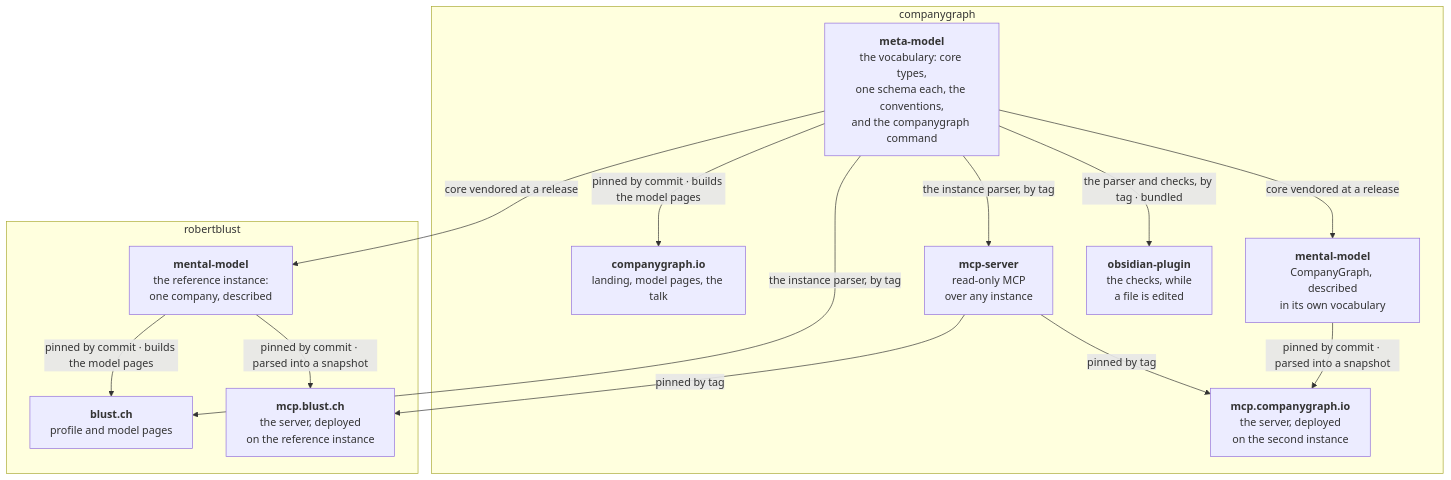
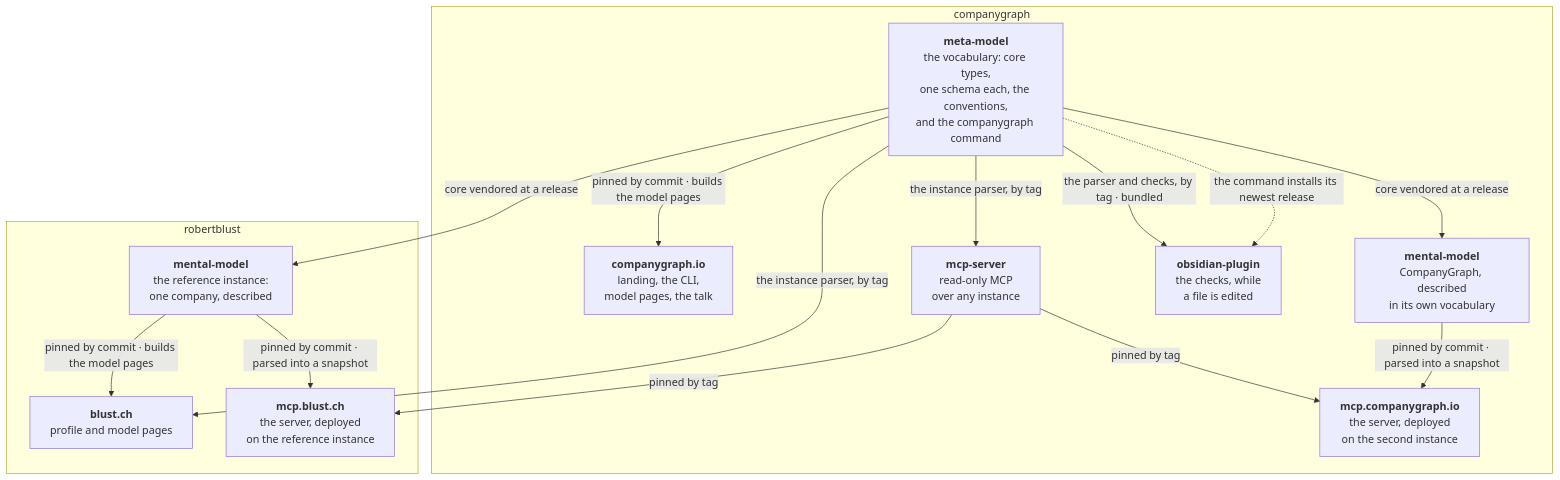
One commit to companygraph/.github changed the diagram in profile/README.md. Above: the diagram before and after it, drawn with Mermaid. The commit also changed other lines of this file, not shown here.

First line of the commit message:
The profile names the menu and the plugin's install

````diff
--- a/profile/README.md
+++ b/profile/README.md
@@ -26,29 +26,30 @@
 ```mermaid
 flowchart TB
     subgraph cg["companygraph"]
         MM["<b>meta-model</b><br/>the vocabulary: core types,<br/>one schema each, the conventions,<br/>and the companygraph command"]
-        SITE["<b>companygraph.io</b><br/>landing, model pages, the talk"]
+        SITE["<b>companygraph.io</b><br/>landing, the CLI,<br/>model pages, the talk"]
         MCP["<b>mcp-server</b><br/>read-only MCP<br/>over any instance"]
         CGMM["<b>mental-model</b><br/>CompanyGraph, described<br/>in its own vocabulary"]
         PLUGIN["<b>obsidian-plugin</b><br/>the checks, while<br/>a file is edited"]
         MCPCG["<b>mcp.companygraph.io</b><br/>the server, deployed<br/>on the second instance"]
     end
 
     subgraph rb["robertblust"]
         MENTAL["<b>mental-model</b><br/>the reference instance:<br/>one company, described"]
         BLUST["<b>blust.ch</b><br/>profile and model pages"]
         MCPD["<b>mcp.blust.ch</b><br/>the server, deployed<br/>on the reference instance"]
     end
 
     MM -- "core vendored at a release" --> MENTAL
     MM -- "core vendored at a release" --> CGMM
     MM -- "the parser and checks, by tag · bundled" --> PLUGIN
+    MM -. "the command installs its newest release" .-> PLUGIN
     MM -- "pinned by commit · builds the model pages" --> SITE
     MENTAL -- "pinned by commit · builds the model pages" --> BLUST
     MM -- "the instance parser, by tag" --> BLUST
     MM -- "the instance parser, by tag" --> MCP
     MCP -- "pinned by tag" --> MCPD
     MENTAL -- "pinned by commit · parsed into a snapshot" --> MCPD
     MCP -- "pinned by tag" --> MCPCG
     CGMM -- "pinned by commit · parsed into a snapshot" --> MCPCG
 ```
````
